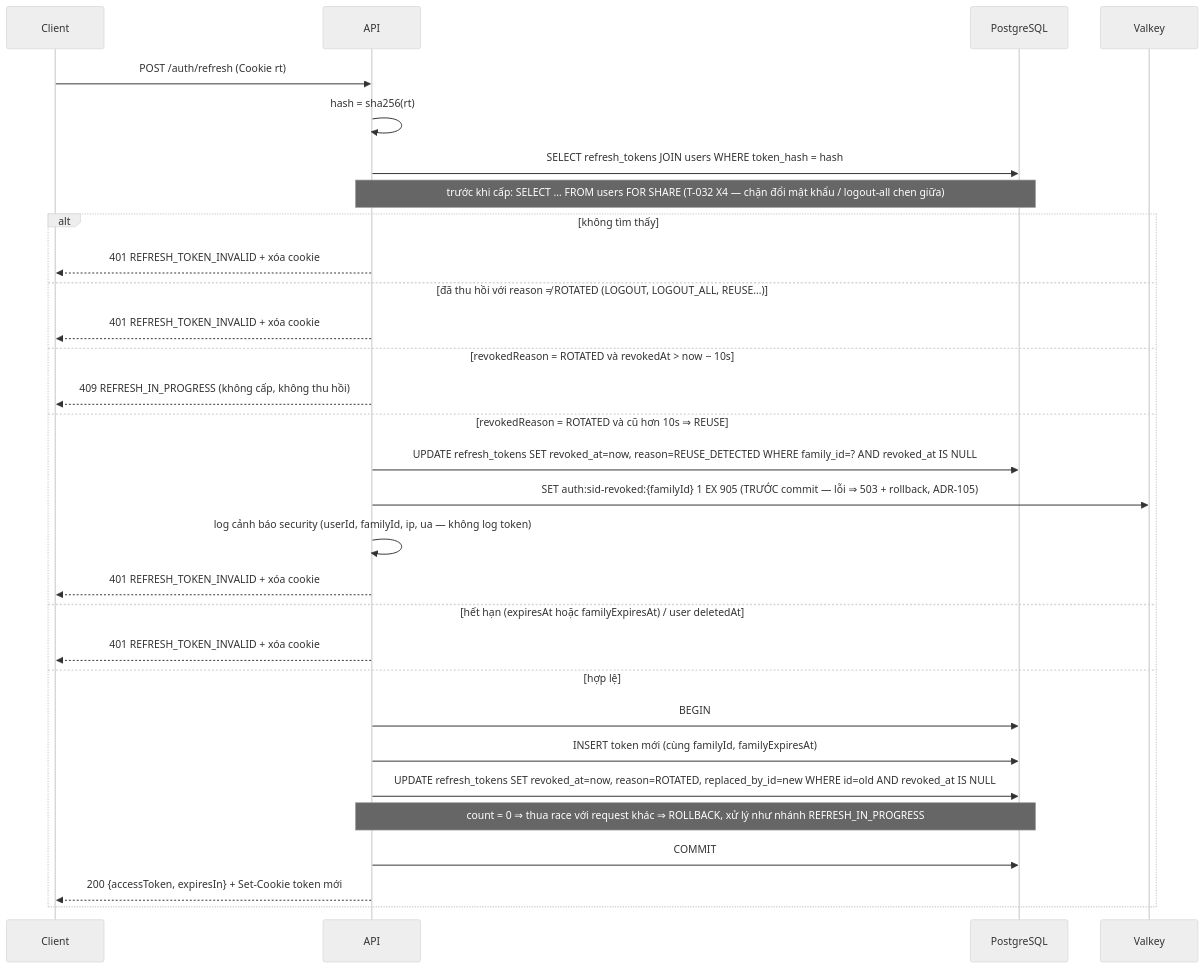
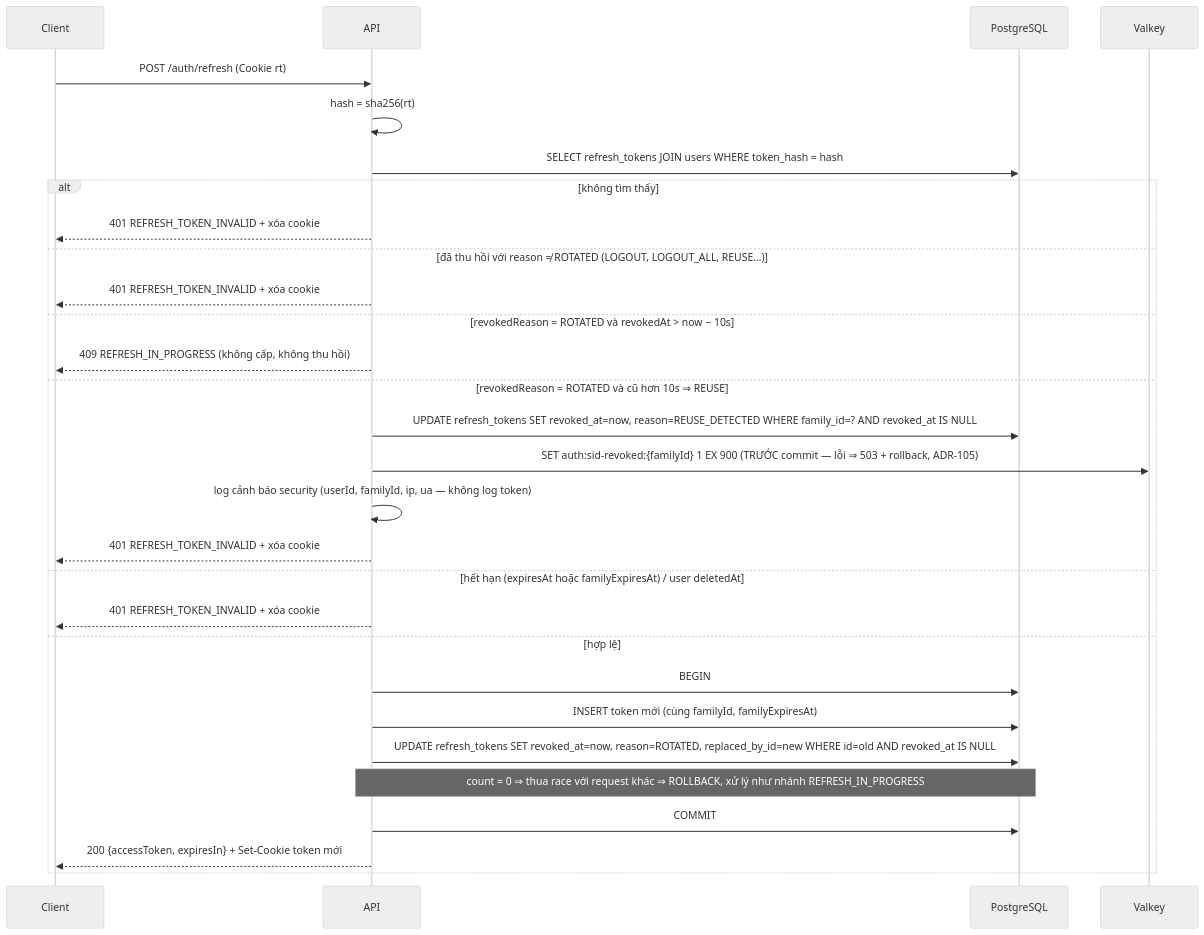
Before and after one commit to Nguyentuananh2112/taskflow-enterprise: the second of 2 diagrams in docs/design/security.md, drawn with Mermaid (neutral theme). The commit also changed other lines of this file and 11 other files, not shown here.

````diff
--- a/docs/design/security.md
+++ b/docs/design/security.md
@@ -78,32 +78,31 @@
 ```mermaid
 sequenceDiagram
   participant C as Client
   participant A as API
   participant DB as PostgreSQL
   participant R as Valkey
   C->>A: POST /auth/refresh (Cookie rt)
   A->>A: hash = sha256(rt)
   A->>DB: SELECT refresh_tokens JOIN users WHERE token_hash = hash
-  Note over A,DB: trước khi cấp: SELECT … FROM users FOR SHARE (T-032 X4 — chặn đổi mật khẩu / logout-all chen giữa)
   alt không tìm thấy
     A-->>C: 401 REFRESH_TOKEN_INVALID + xóa cookie
   else đã thu hồi với reason ≠ ROTATED (LOGOUT, LOGOUT_ALL, REUSE…)
     A-->>C: 401 REFRESH_TOKEN_INVALID + xóa cookie
   else revokedReason = ROTATED và revokedAt > now − 10s
     A-->>C: 409 REFRESH_IN_PROGRESS (không cấp, không thu hồi)
   else revokedReason = ROTATED và cũ hơn 10s  ⇒ REUSE
     A->>DB: UPDATE refresh_tokens SET revoked_at=now, reason=REUSE_DETECTED WHERE family_id=? AND revoked_at IS NULL
-    A->>R: SET auth:sid-revoked:{familyId} 1 EX 905 (TRƯỚC commit — lỗi ⇒ 503 + rollback, ADR-105)
+    A->>R: SET auth:sid-revoked:{familyId} 1 EX 900 (TRƯỚC commit — lỗi ⇒ 503 + rollback, ADR-105)
     A->>A: log cảnh báo security (userId, familyId, ip, ua — không log token)
     A-->>C: 401 REFRESH_TOKEN_INVALID + xóa cookie
   else hết hạn (expiresAt hoặc familyExpiresAt) / user deletedAt
     A-->>C: 401 REFRESH_TOKEN_INVALID + xóa cookie
   else hợp lệ
     A->>DB: BEGIN
     A->>DB: INSERT token mới (cùng familyId, familyExpiresAt)
     A->>DB: UPDATE refresh_tokens SET revoked_at=now, reason=ROTATED, replaced_by_id=new WHERE id=old AND revoked_at IS NULL
     Note over A,DB: count = 0 ⇒ thua race với request khác ⇒ ROLLBACK, xử lý như nhánh REFRESH_IN_PROGRESS
     A->>DB: COMMIT
     A-->>C: 200 {accessToken, expiresIn} + Set-Cookie token mới
   end
 ```
````
